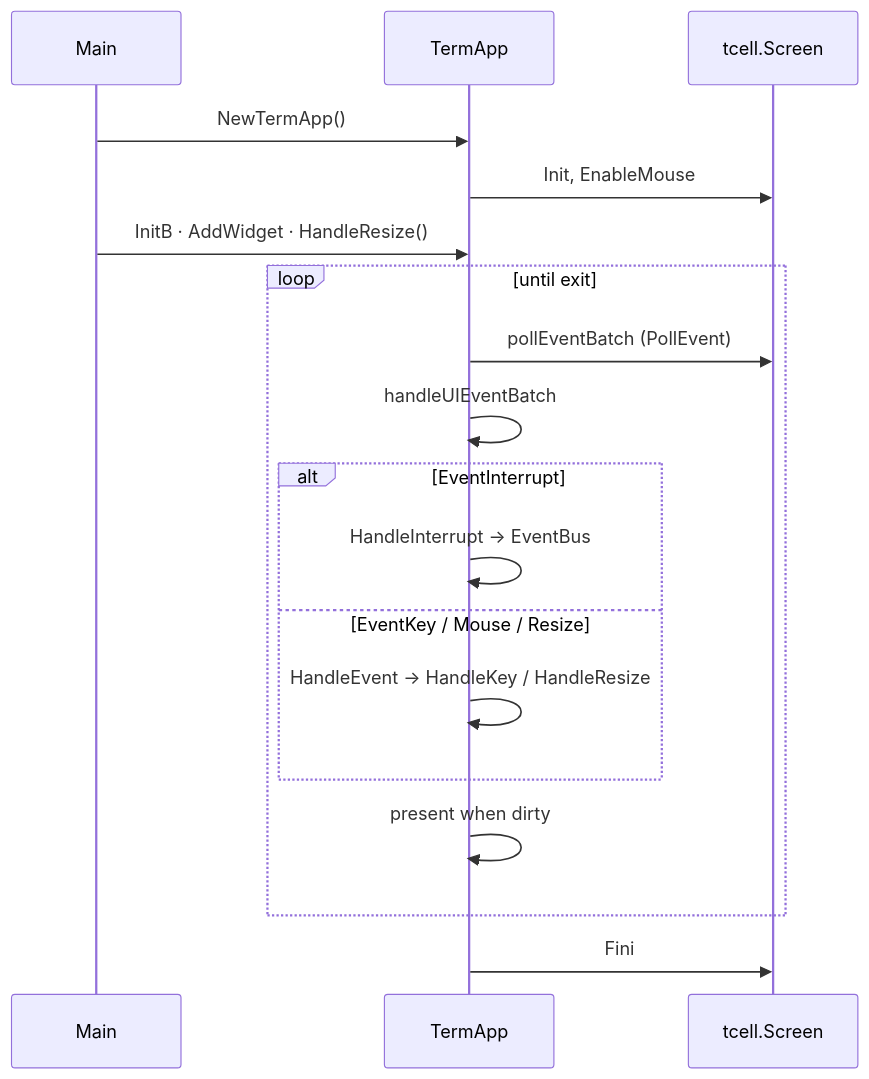
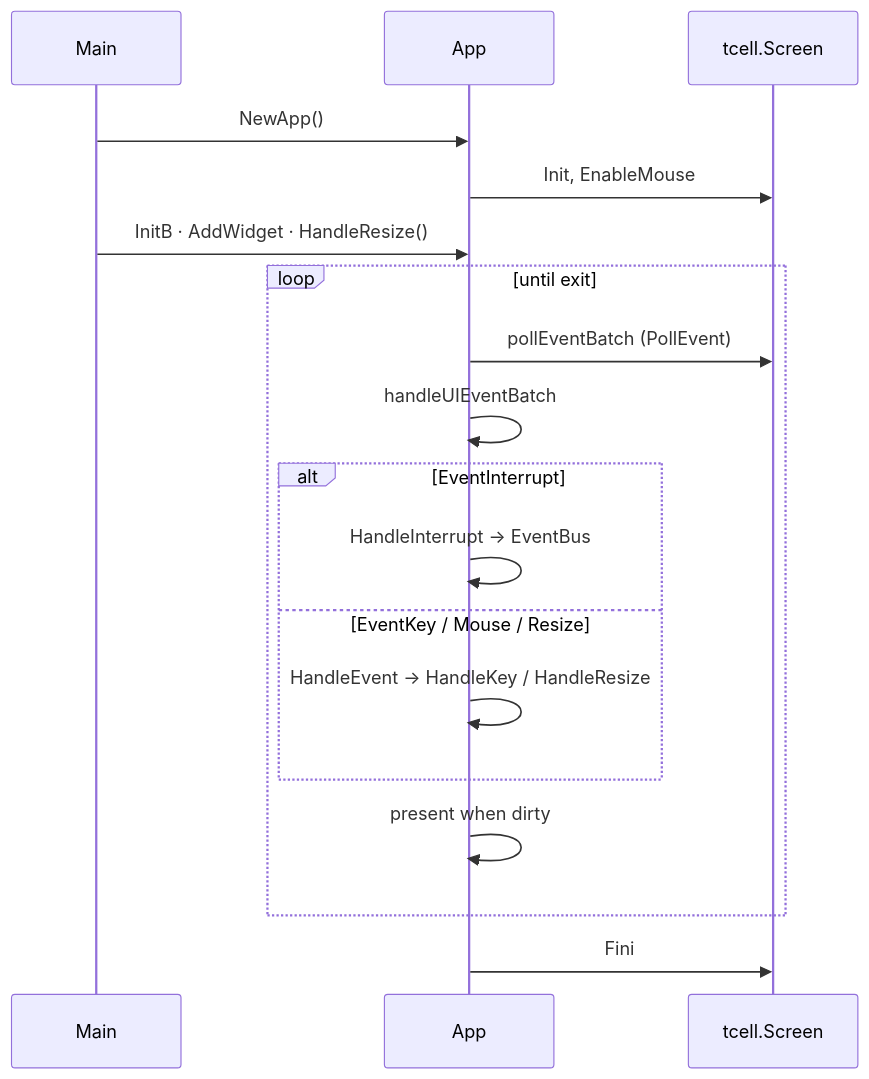
The first of 2 diagrams in docs/DEVELOPER_GUIDE.md (yairgd/gdbforge), drawn with Mermaid before and after one commit. The commit also changed other lines of this file and 267 other files, not shown here.

````diff
--- a/docs/DEVELOPER_GUIDE.md
+++ b/docs/DEVELOPER_GUIDE.md
@@ -175,21 +175,21 @@
 ```mermaid
 sequenceDiagram
     participant Main
-    participant App as TermApp
+    participant App as App
     participant Screen as tcell.Screen
 
-    Main->>App: NewTermApp()
+    Main->>App: NewApp()
     App->>Screen: Init, EnableMouse
     Main->>App: InitB · AddWidget · HandleResize()
     loop until exit
         App->>Screen: pollEventBatch (PollEvent)
         App->>App: handleUIEventBatch
         alt EventInterrupt
             App->>App: HandleInterrupt → EventBus
         else EventKey / Mouse / Resize
             App->>App: HandleEvent → HandleKey / HandleResize
         end
         App->>App: present when dirty
     end
     App->>Screen: Fini
 ```
````
